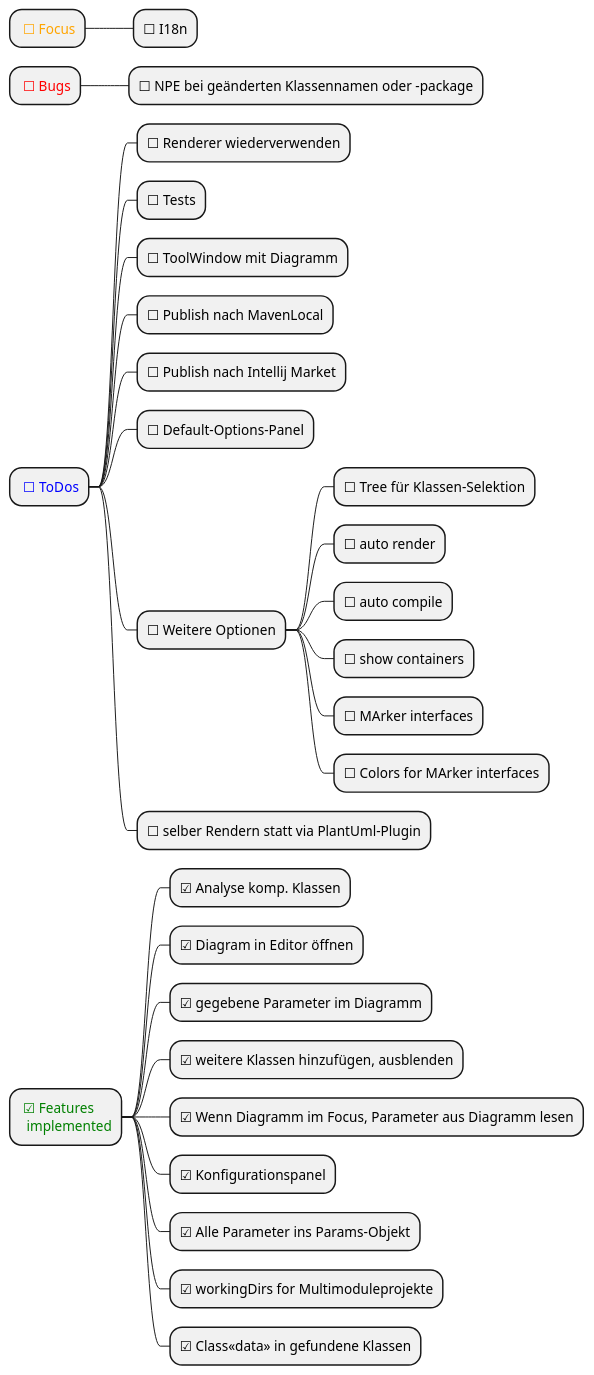
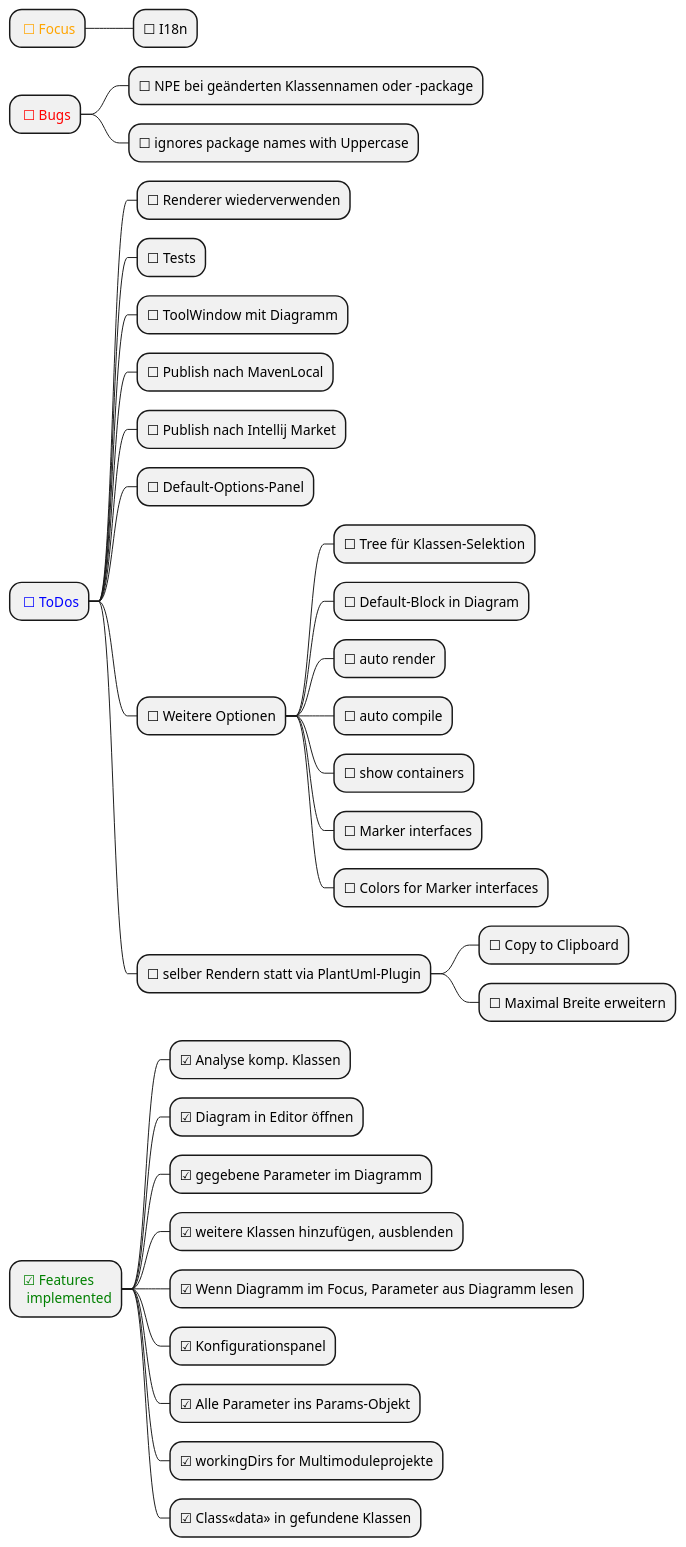
The diagram in docs/DevGuideRail.puml (MrDolch/plantarch-intellij-plugin), drawn with PlantUML before and after one commit.

Commit message:
Planning next steps

```diff
--- a/docs/DevGuideRail.puml
+++ b/docs/DevGuideRail.puml
@@ -1,38 +1,42 @@
 @startmindmap
 skinparam monochrome false
 
 * <color:orange> ☐ Focus
 ** ☐ I18n
 
 * <color:red> ☐ Bugs
 ** ☐ NPE bei geänderten Klassennamen oder -package
+** ☐ ignores package names with Uppercase
 
 * <color:blue> ☐ ToDos
 ** ☐ Renderer wiederverwenden
 ** ☐ Tests
 ** ☐ ToolWindow mit Diagramm
 ** ☐ Publish nach MavenLocal
 ** ☐ Publish nach Intellij Market
 ** ☐ Default-Options-Panel
 ** ☐ Weitere Optionen
 *** ☐ Tree für Klassen-Selektion
+*** ☐ Default-Block in Diagram
 *** ☐ auto render
 *** ☐ auto compile
 *** ☐ show containers
-*** ☐ MArker interfaces
-*** ☐ Colors for MArker interfaces
+*** ☐ Marker interfaces
+*** ☐ Colors for Marker interfaces
 ** ☐ selber Rendern statt via PlantUml-Plugin
+*** ☐ Copy to Clipboard
+*** ☐ Maximal Breite erweitern
 
 
 * <color:green> ☑ Features\n <color:green> implemented
 ** ☑ Analyse komp. Klassen
 ** ☑ Diagram in Editor öffnen
 ** ☑ gegebene Parameter im Diagramm
 ** ☑ weitere Klassen hinzufügen, ausblenden
 ** ☑ Wenn Diagramm im Focus, Parameter aus Diagramm lesen
 ** ☑ Konfigurationspanel
 ** ☑ Alle Parameter ins Params-Objekt
 ** ☑ workingDirs for Multimoduleprojekte
 ** ☑ Class<<data>> in gefundene Klassen
 
 @endmindmap
```
